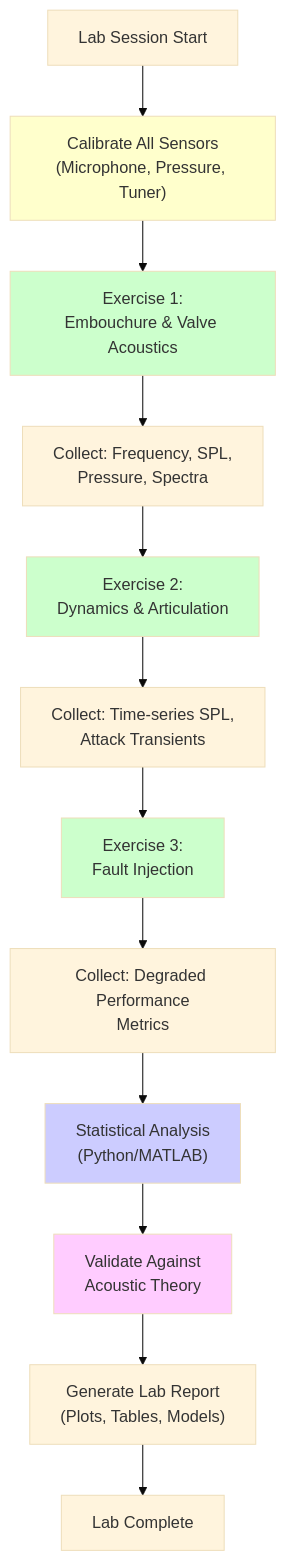
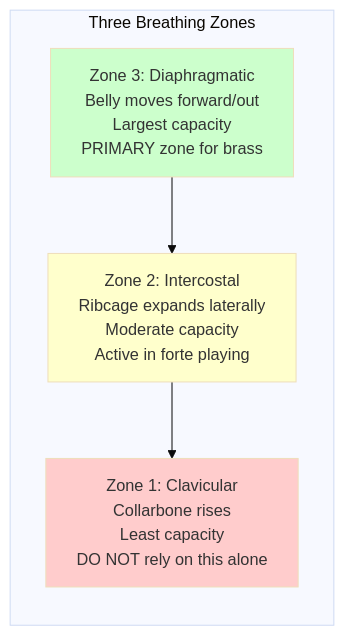
Before and after one commit to blebleblee/synapse: the second of 6 diagrams in topics/arts/music_performance/brass/labs.md, drawn with Mermaid (base theme). The commit also changed other lines of this file and 4 other files, not shown here.

````diff
--- a/topics/arts/music_performance/brass/labs.md
+++ b/topics/arts/music_performance/brass/labs.md
@@ -802,21 +70,13 @@
 ```mermaid
-flowchart TD
-    Start["Lab Session Start"] --> Calibrate["Calibrate All Sensors<br/>(Microphone, Pressure, Tuner)"]
-    Calibrate --> Ex1["Exercise 1:<br/>Embouchure & Valve Acoustics"]
-    Ex1 --> Data1["Collect: Frequency, SPL,<br/>Pressure, Spectra"]
-    Data1 --> Ex2["Exercise 2:<br/>Dynamics & Articulation"]
-    Ex2 --> Data2["Collect: Time-series SPL,<br/>Attack Transients"]
-    Data2 --> Ex3["Exercise 3:<br/>Fault Injection"]
-    Ex3 --> Data3["Collect: Degraded Performance<br/>Metrics"]
-    Data3 --> Analyze["Statistical Analysis<br/>(Python/MATLAB)"]
-    Analyze --> Validate["Validate Against<br/>Acoustic Theory"]
-    Validate --> Report["Generate Lab Report<br/>(Plots, Tables, Models)"]
-    Report --> End["Lab Complete"]
-    
-    style Calibrate fill:#ffffcc
-    style Ex1 fill:#ccffcc
-    style Ex2 fill:#ccffcc
-    style Ex3 fill:#ccffcc
-    style Analyze fill:#ccccff
-    style Validate fill:#ffccff
+flowchart LR
+    subgraph sub_zones ["Three Breathing Zones"]
+        Z1["Zone 1: Clavicular<br/>Collarbone rises<br/>Least capacity<br/>DO NOT rely on this alone"]
+        Z2["Zone 2: Intercostal<br/>Ribcage expands laterally<br/>Moderate capacity<br/>Active in forte playing"]
+        Z3["Zone 3: Diaphragmatic<br/>Belly moves forward/out<br/>Largest capacity<br/>PRIMARY zone for brass"]
+    end
+    Z3 --> Z2 --> Z1
+
+    style Z1 fill:#ffcccc
+    style Z2 fill:#ffffcc
+    style Z3 fill:#ccffcc
 ```
````
